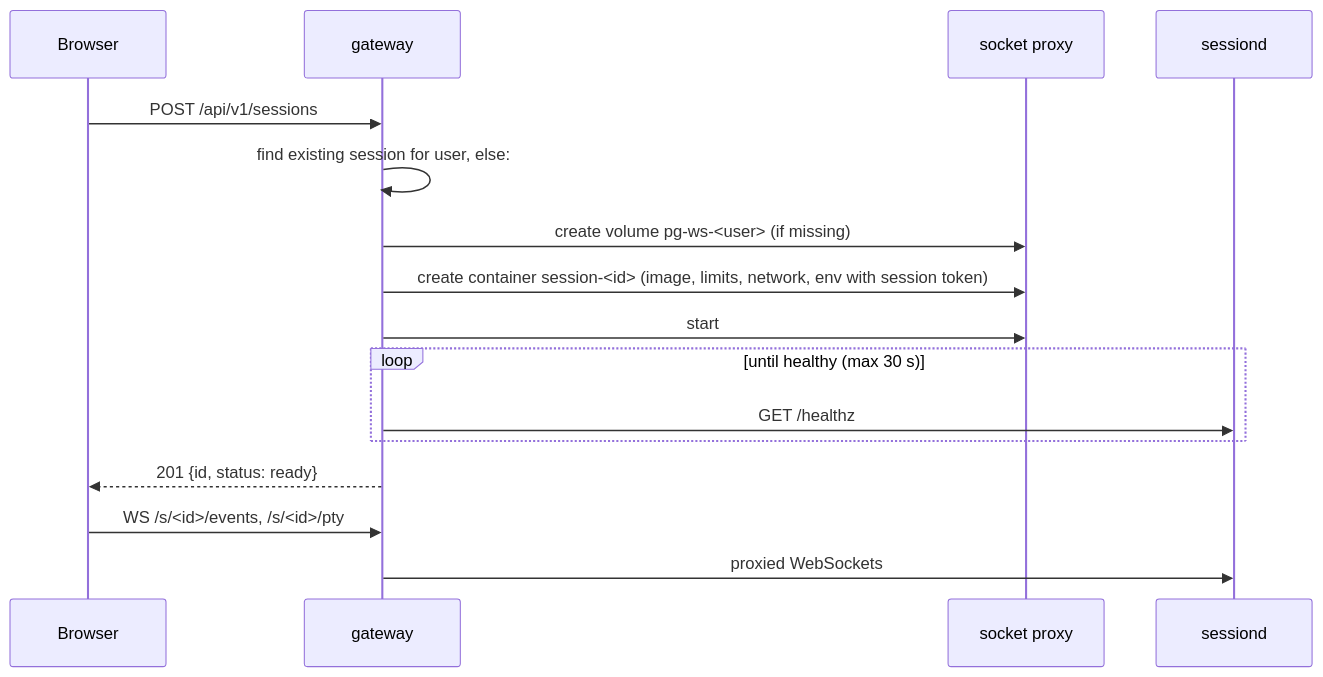
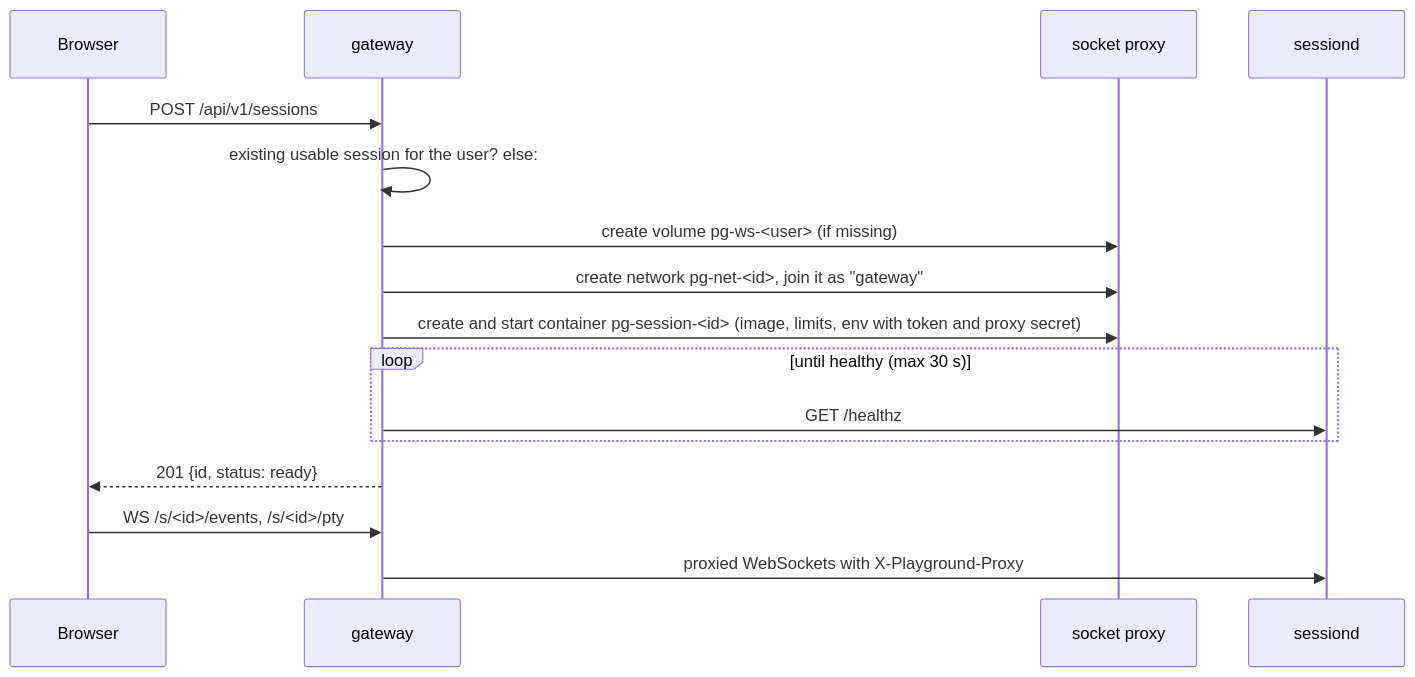
Before and after one commit to floatshadow/emacs-playground: the third of 3 diagrams in docs/architecture.md, drawn with Mermaid. The commit also changed other lines of this file and 15 other files, not shown here.

````diff
--- a/docs/architecture.md
+++ b/docs/architecture.md
@@ -126,18 +132,18 @@
 ```mermaid
 sequenceDiagram
   participant B as Browser
   participant G as gateway
   participant P as socket proxy
   participant S as sessiond
   B->>G: POST /api/v1/sessions
-  G->>G: find existing session for user, else:
+  G->>G: existing usable session for the user? else:
   G->>P: create volume pg-ws-<user> (if missing)
-  G->>P: create container session-<id> (image, limits, network, env with session token)
-  G->>P: start
+  G->>P: create network pg-net-<id>, join it as "gateway"
+  G->>P: create and start container pg-session-<id> (image, limits, env with token and proxy secret)
   loop until healthy (max 30 s)
     G->>S: GET /healthz
   end
   G-->>B: 201 {id, status: ready}
   B->>G: WS /s/<id>/events, /s/<id>/pty
-  G->>S: proxied WebSockets
+  G->>S: proxied WebSockets with X-Playground-Proxy
 ```
````
